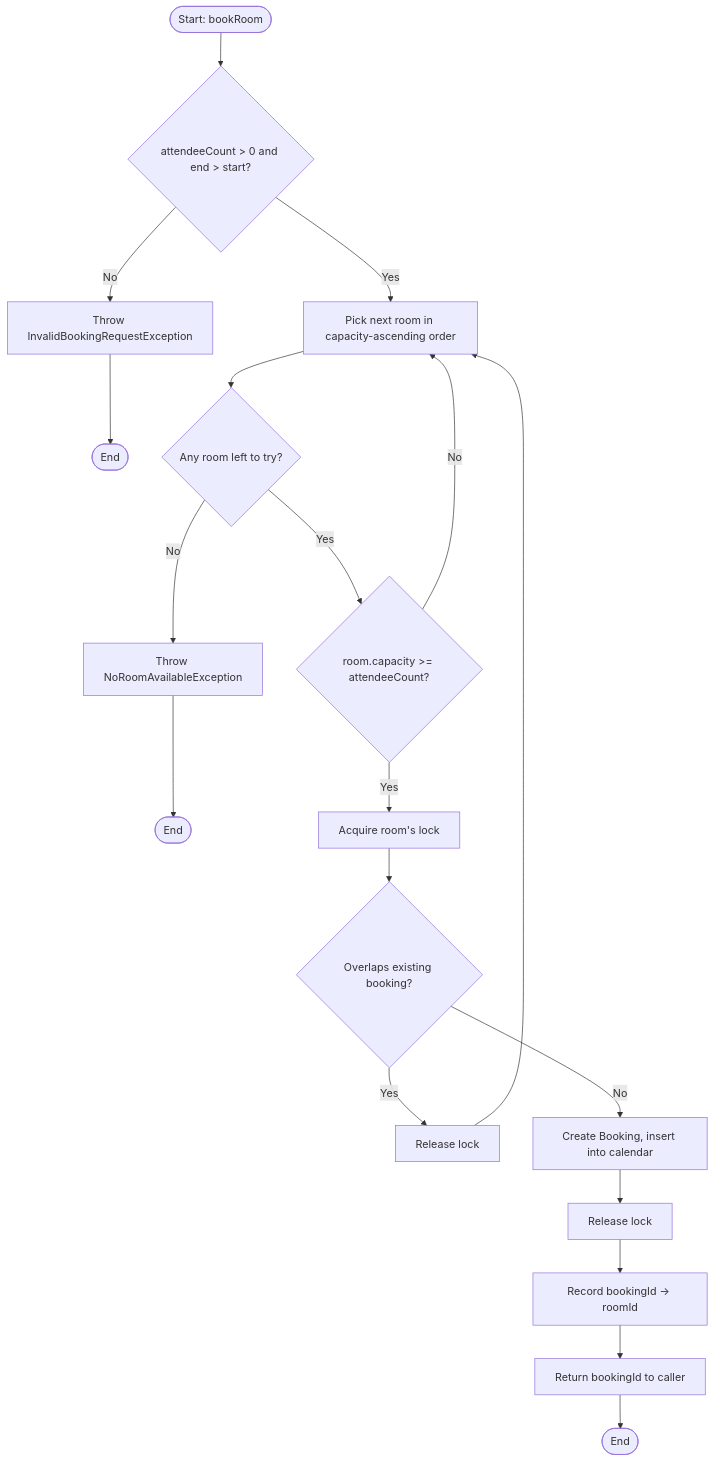
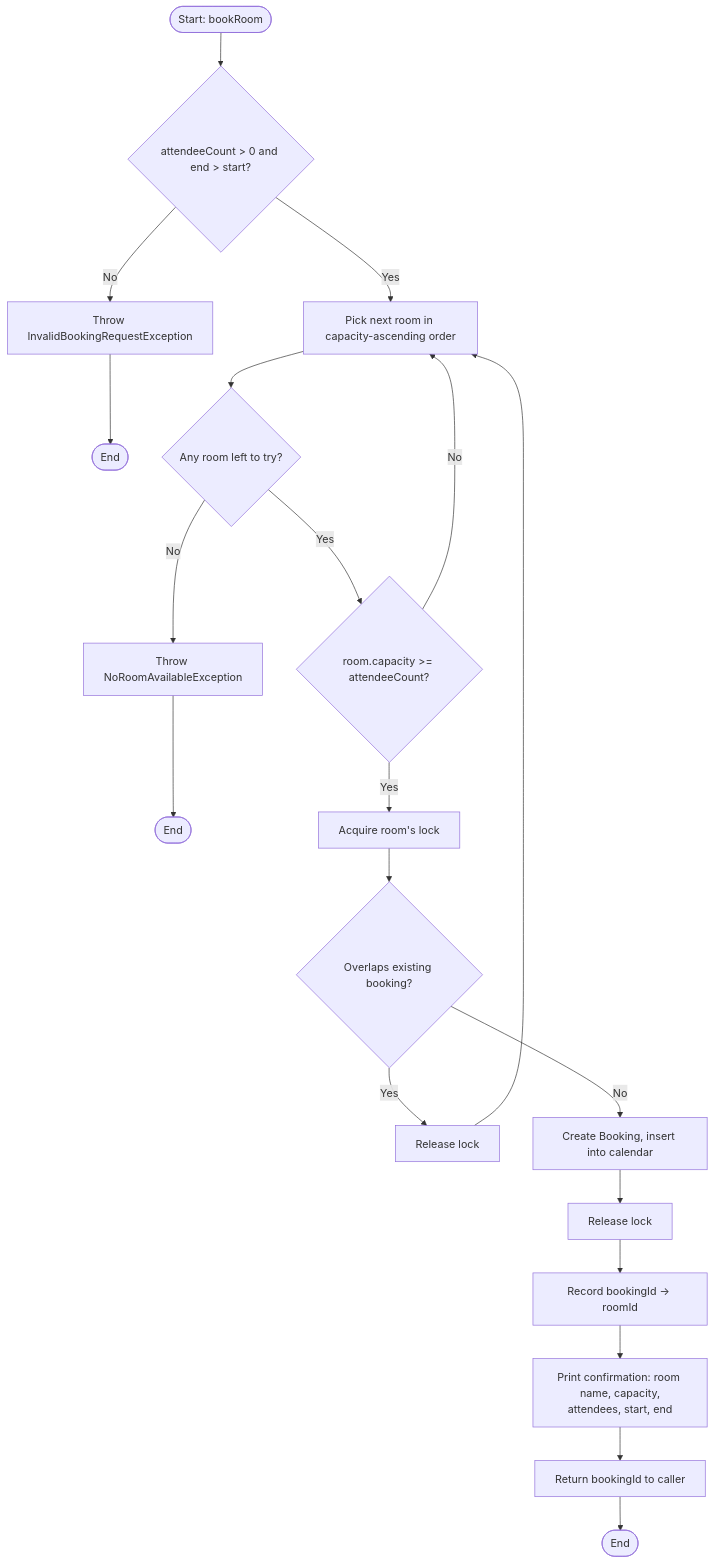
The fifth of 5 diagrams in src/com/lowleveldesign/meetingscheduler/README.md (ABHIJEET-MUNESHWAR/LowLevelDesign), drawn with Mermaid before and after one commit. The commit also changed other lines of this file and 4 other files, not shown here.

Commit message:
🎨 Print details of booking meeting room

````diff
--- a/src/com/lowleveldesign/meetingscheduler/README.md
+++ b/src/com/lowleveldesign/meetingscheduler/README.md
@@ -284,25 +300,26 @@
 ```mermaid
 flowchart TD
     Start([Start: bookRoom]) --> Validate{attendeeCount > 0 and end > start?}
     Validate -- No --> Invalid[Throw InvalidBookingRequestException]
     Invalid --> End1([End])
 
     Validate -- Yes --> NextRoom[Pick next room in capacity-ascending order]
     NextRoom --> HasNext{Any room left to try?}
     HasNext -- No --> NoRoom[Throw NoRoomAvailableException]
     NoRoom --> End2([End])
 
     HasNext -- Yes --> CapacityCheck{room.capacity >= attendeeCount?}
     CapacityCheck -- No --> NextRoom
 
     CapacityCheck -- Yes --> AcquireLock[Acquire room's lock]
     AcquireLock --> OverlapCheck{Overlaps existing booking?}
     OverlapCheck -- Yes --> ReleaseLock1[Release lock]
     ReleaseLock1 --> NextRoom
 
     OverlapCheck -- No --> CreateBooking[Create Booking, insert into calendar]
     CreateBooking --> ReleaseLock2[Release lock]
     ReleaseLock2 --> Index[Record bookingId -> roomId]
-    Index --> Success[Return bookingId to caller]
+    Index --> Print[Print confirmation: room name, capacity,<br/>attendees, start, end]
+    Print --> Success[Return bookingId to caller]
     Success --> End3([End])
 ```
````
